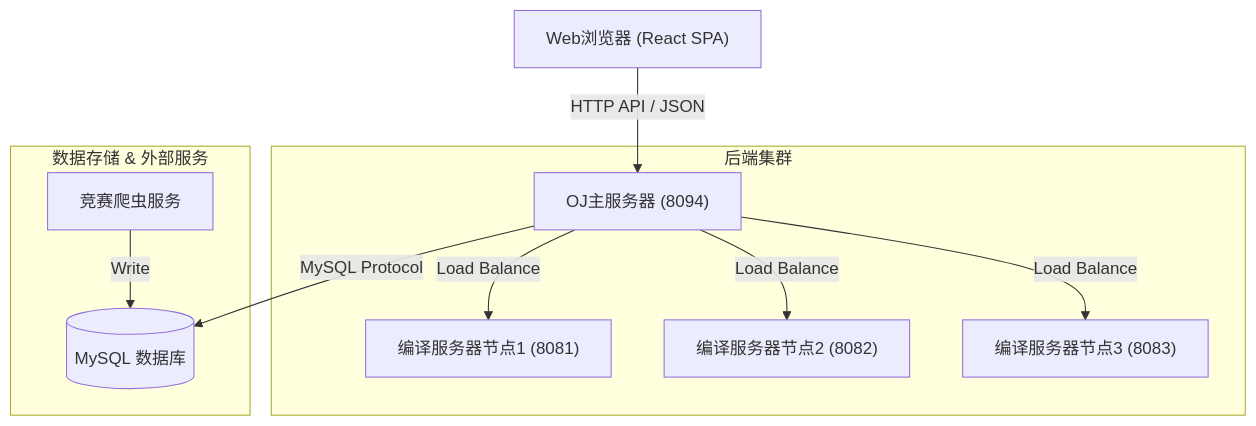
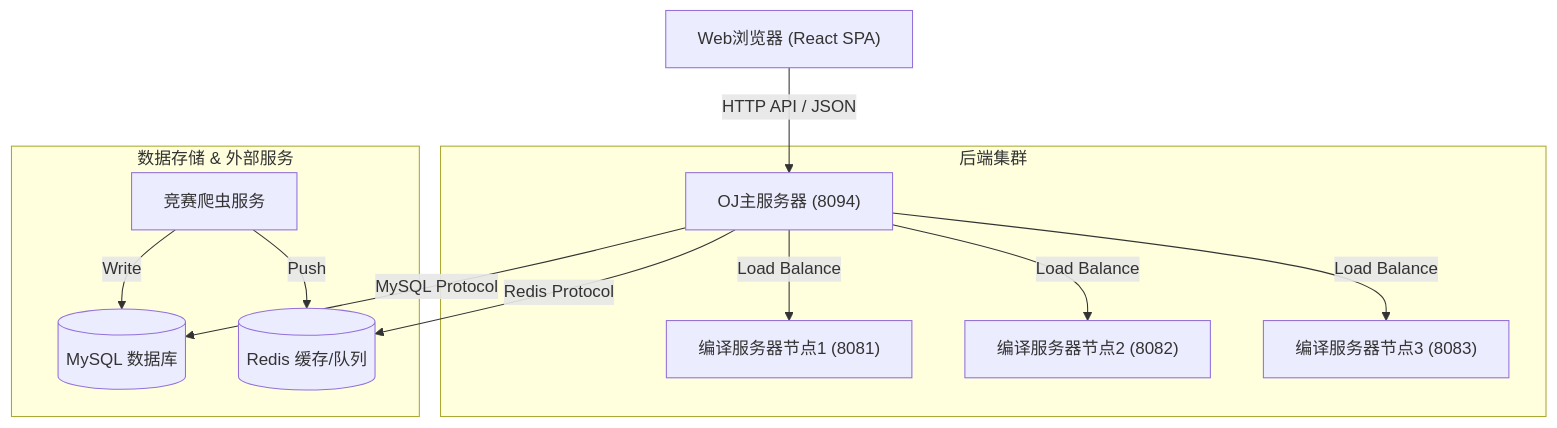
The first of 2 diagrams in README.md (2692341798/load-balanced-online-oj), drawn with Mermaid before and after one commit. The commit also changed other lines of this file and 7 other files, not shown here.

````diff
--- a/README.md
+++ b/README.md
@@ -48,15 +49,17 @@
 ```mermaid
 graph TD
     Browser["Web浏览器 (React SPA)"] -->|HTTP API / JSON| OJ["OJ主服务器 (8094)"]
     
     subgraph Backend_Cluster [后端集群]
         OJ -->|Load Balance| CS1["编译服务器节点1 (8081)"]
         OJ -->|Load Balance| CS2["编译服务器节点2 (8082)"]
         OJ -->|Load Balance| CS3["编译服务器节点3 (8083)"]
     end
     
     subgraph Data_Storage [数据存储 & 外部服务]
         OJ -->|MySQL Protocol| DB[("MySQL 数据库")]
+        OJ -->|Redis Protocol| Cache[("Redis 缓存/队列")]
         Crawler["竞赛爬虫服务"] -->|Write| DB
+        Crawler -->|Push| Cache
     end
 ```
````
